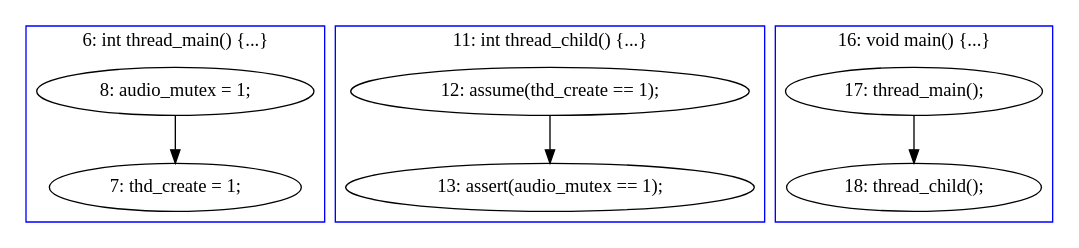
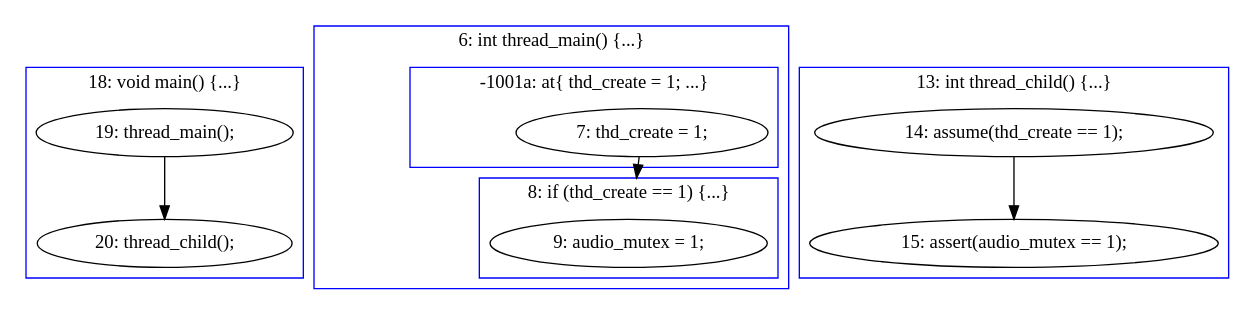
One commit to hylhp/cav14-model changed the diagram in zsnes.mixed/B-2-po.dot. Above: the diagram before and after it, drawn with Graphviz. The commit also changed 19 other files, not shown here.

```diff
--- a/zsnes.mixed/B-2-po.dot
+++ b/zsnes.mixed/B-2-po.dot
@@ -1,24 +1,34 @@
 digraph PartialOrder {
 	compound = true
-	"8: audio_mutex = 1;" -> "7: thd_create = 1;"
-	"12: assume(thd_create == 1);" -> "13: assert(audio_mutex == 1);"
-	"17: thread_main();" -> "18: thread_child();"
-	subgraph cluster2 {
+	"19: thread_main();" -> "20: thread_child();"
+	"7: thd_create = 1;" -> "9: audio_mutex = 1;" [lhead = cluster4]
+	"14: assume(thd_create == 1);" -> "15: assert(audio_mutex == 1);"
+	subgraph cluster1 {
 		label = "6: int thread_main() {...}"
 		color = blue
-		"7: thd_create = 1;"  [label = "7: thd_create = 1;"]
-		"8: audio_mutex = 1;"  [label = "8: audio_mutex = 1;"]
+		"-1001a: at{ thd_create = 1; ...}"  [label = " ", style = invisible]
+		subgraph cluster4 {
+			label = "8: if (thd_create == 1) {...}"
+			color = blue
+			"9: audio_mutex = 1;"  [label = "9: audio_mutex = 1;"]
+		}
+		subgraph cluster5 {
+			label = "-1001a: at{ thd_create = 1; ...}"
+			color = blue
+			"8: if (thd_create == 1) {...}"  [label = " ", style = invisible]
+			"7: thd_create = 1;"  [label = "7: thd_create = 1;"]
+		}
 	}
-	subgraph cluster1 {
-		label = "16: void main() {...}"
+	subgraph cluster2 {
+		label = "13: int thread_child() {...}"
 		color = blue
-		"17: thread_main();"  [label = "17: thread_main();"]
-		"18: thread_child();"  [label = "18: thread_child();"]
+		"15: assert(audio_mutex == 1);"  [label = "15: assert(audio_mutex == 1);"]
+		"14: assume(thd_create == 1);"  [label = "14: assume(thd_create == 1);"]
 	}
 	subgraph cluster3 {
-		label = "11: int thread_child() {...}"
+		label = "18: void main() {...}"
 		color = blue
-		"13: assert(audio_mutex == 1);"  [label = "13: assert(audio_mutex == 1);"]
-		"12: assume(thd_create == 1);"  [label = "12: assume(thd_create == 1);"]
+		"20: thread_child();"  [label = "20: thread_child();"]
+		"19: thread_main();"  [label = "19: thread_main();"]
 	}
 }
```
